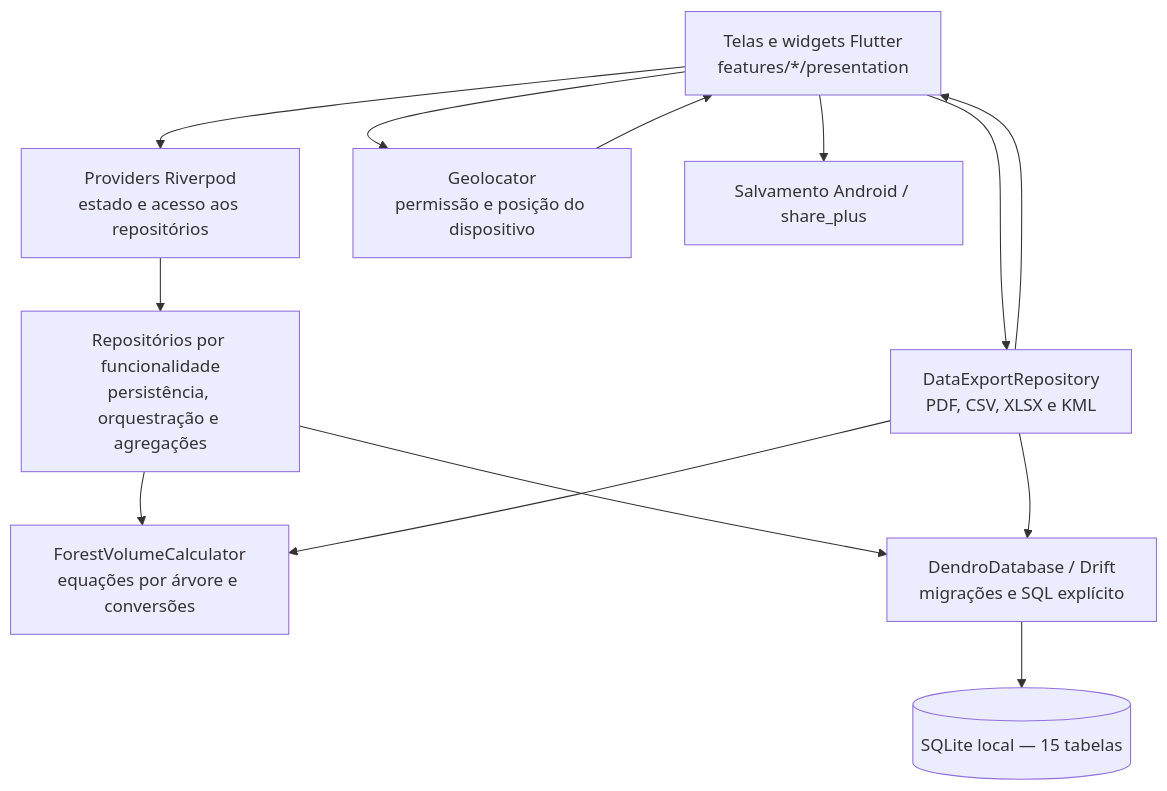
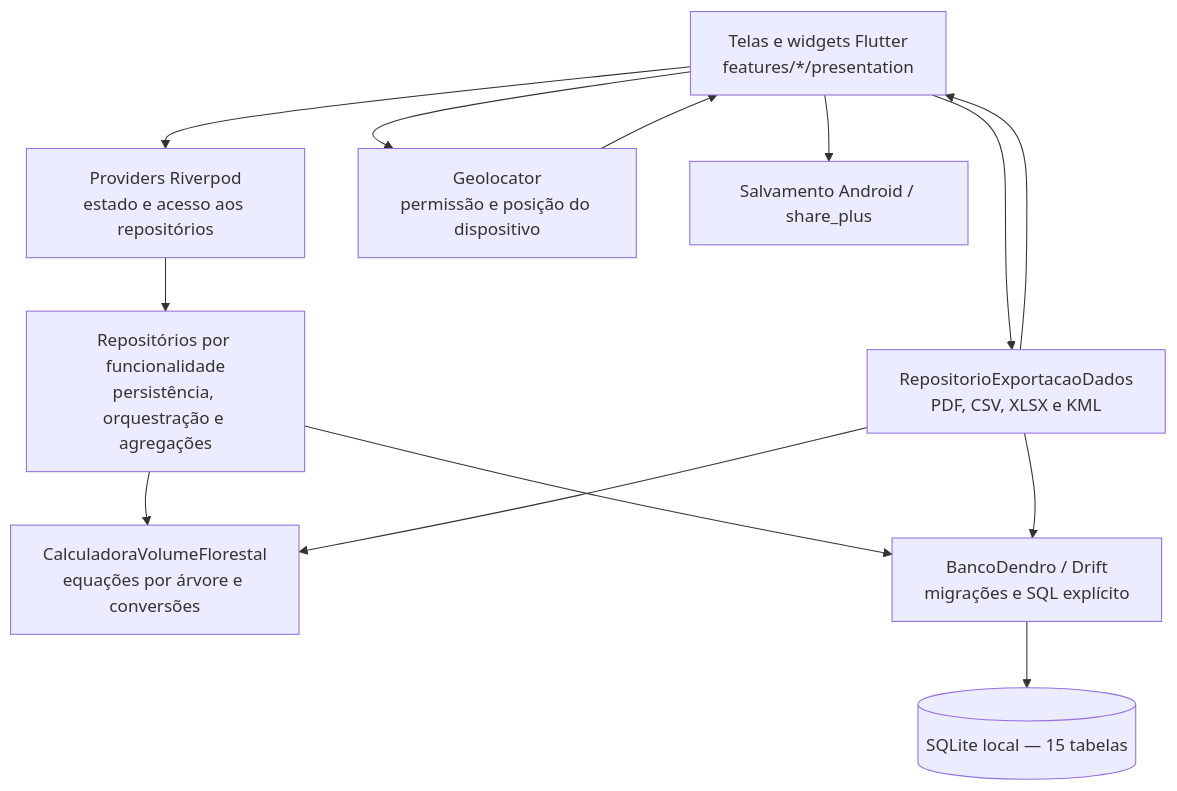
Before and after one commit to mateushernandes10-droid/dendro_mobile: the second of 8 diagrams in tcc_codex_context/docs/ENGINEERING_MODELS.md, drawn with Mermaid. The commit also changed other lines of this file and 110 other files, not shown here.

````diff
--- a/tcc_codex_context/docs/ENGINEERING_MODELS.md
+++ b/tcc_codex_context/docs/ENGINEERING_MODELS.md
@@ -62,24 +62,24 @@
 ```mermaid
 flowchart TB
     UI["Telas e widgets Flutter<br/>features/*/presentation"]
     RP["Providers Riverpod<br/>estado e acesso aos repositórios"]
     REPO["Repositórios por funcionalidade<br/>persistência, orquestração e agregações"]
-    CALC["ForestVolumeCalculator<br/>equações por árvore e conversões"]
-    DB["DendroDatabase / Drift<br/>migrações e SQL explícito"]
+    CALC["CalculadoraVolumeFlorestal<br/>equações por árvore e conversões"]
+    DB["BancoDendro / Drift<br/>migrações e SQL explícito"]
     SQL[("SQLite local — 15 tabelas")]
     GEO["Geolocator<br/>permissão e posição do dispositivo"]
-    EXPORT["DataExportRepository<br/>PDF, CSV, XLSX e KML"]
+    EXPORT["RepositorioExportacaoDados<br/>PDF, CSV, XLSX e KML"]
     FILE["Salvamento Android / share_plus"]
     UI --> RP
     RP --> REPO
     REPO --> DB
     DB --> SQL
     REPO --> CALC
     UI --> GEO
     GEO --> UI
     UI --> EXPORT
     EXPORT --> DB
     EXPORT --> CALC
     UI --> FILE
     EXPORT --> UI
 ```
````
